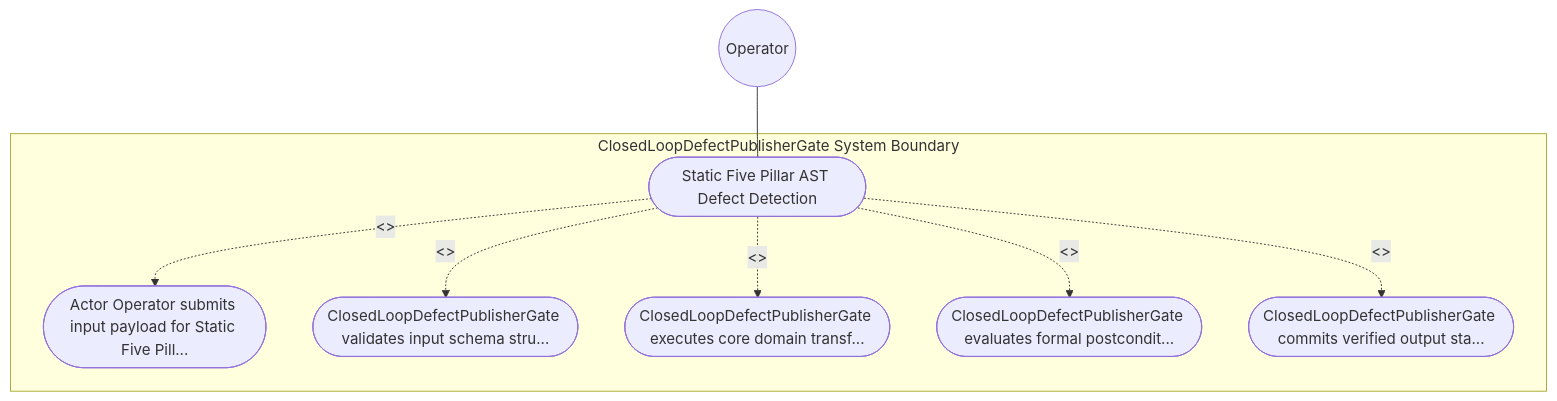
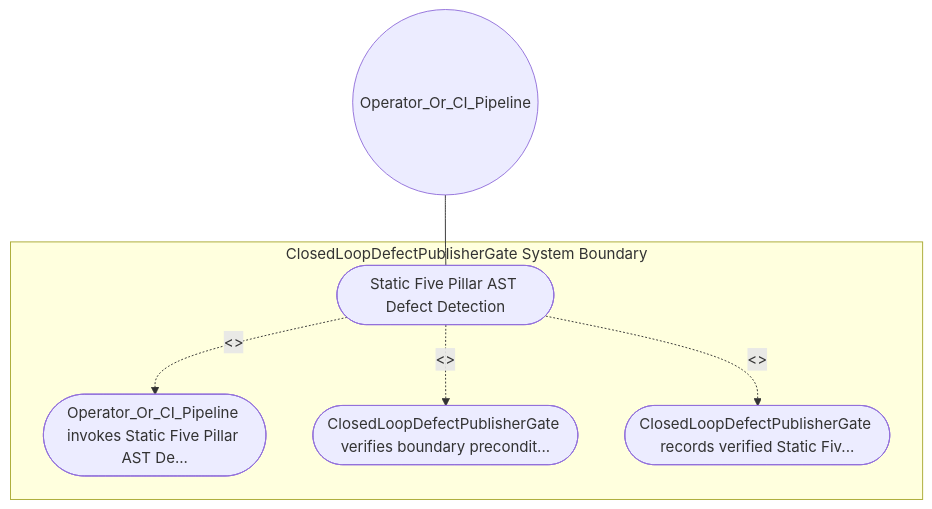
One commit to gintatkinson/DEAP01-spec-core changed the diagram in .pipeline/upstream/docs/use-cases/UC-26-Static_Five_Pillar_AST_Defect_Detection.md. Above: the diagram before and after it, drawn with Mermaid. The commit also changed other lines of this file and 213 other files, not shown here.

````diff
--- a/.pipeline/upstream/docs/use-cases/UC-26-Static_Five_Pillar_AST_Defect_Detection.md
+++ b/.pipeline/upstream/docs/use-cases/UC-26-Static_Five_Pillar_AST_Defect_Detection.md
@@ -16,17 +16,13 @@
 ```mermaid
 graph TD
     subgraph "ClosedLoopDefectPublisherGate System Boundary"
         UC_Main(["Static Five Pillar AST Defect Detection"])
-        UC_Step01(["Actor Operator submits input payload for Static Five Pill..."])
-        UC_Step02(["ClosedLoopDefectPublisherGate validates input schema stru..."])
-        UC_Step03(["ClosedLoopDefectPublisherGate executes core domain transf..."])
-        UC_Step04(["ClosedLoopDefectPublisherGate evaluates formal postcondit..."])
-        UC_Step05(["ClosedLoopDefectPublisherGate commits verified output sta..."])
+        UC_Step01(["Operator_Or_CI_Pipeline invokes Static Five Pillar AST De..."])
+        UC_Step02(["ClosedLoopDefectPublisherGate verifies boundary precondit..."])
+        UC_Step03(["ClosedLoopDefectPublisherGate records verified Static Fiv..."])
     end
-    Operator(("Operator")) --- UC_Main
+    Operator_Or_CI_Pipeline(("Operator_Or_CI_Pipeline")) --- UC_Main
     UC_Main -. "<<include>>" .-> UC_Step01
     UC_Main -. "<<include>>" .-> UC_Step02
     UC_Main -. "<<include>>" .-> UC_Step03
-    UC_Main -. "<<include>>" .-> UC_Step04
-    UC_Main -. "<<include>>" .-> UC_Step05
 ```
````
